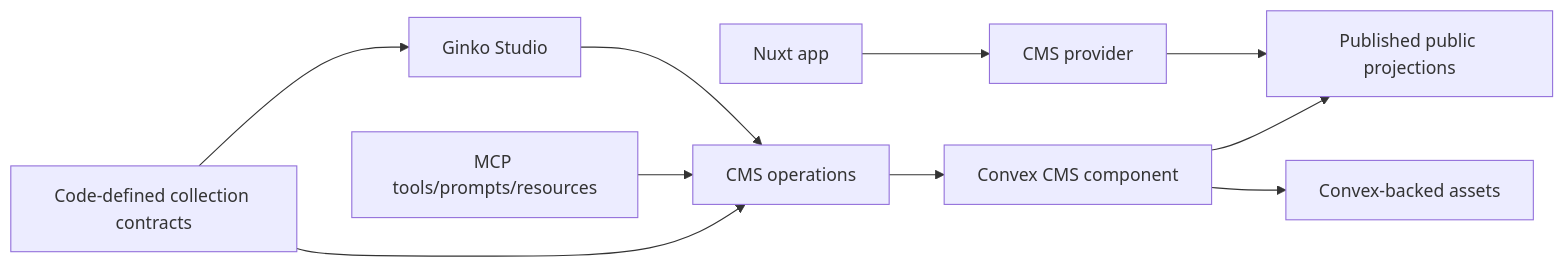
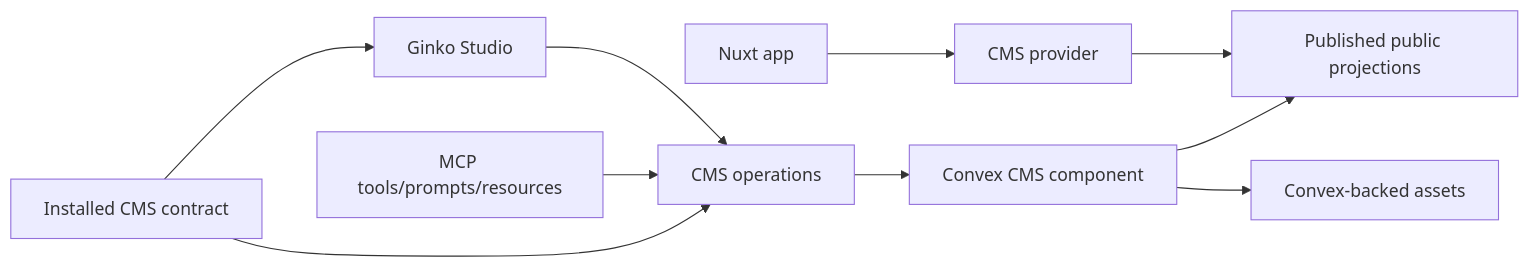
Before and after one commit to lupinum-dev/ginko-cms: the diagram in ARCHITECTURE.md, drawn with Mermaid. The commit also changed other lines of this file and 1128 other files, not shown here.

````diff
--- a/ARCHITECTURE.md
+++ b/ARCHITECTURE.md
@@ -27,12 +27,12 @@
 ```mermaid
 flowchart LR
   App["Nuxt app"] --> Provider["CMS provider"]
   Provider --> Projections["Published public projections"]
   Studio["Ginko Studio"] --> Ops["CMS operations"]
   MCP["MCP tools/prompts/resources"] --> Ops
   Ops --> Convex["Convex CMS component"]
   Convex --> Projections
   Convex --> Assets["Convex-backed assets"]
-  Contract["Code-defined collection contracts"] --> Studio
+  Contract["Installed CMS contract"] --> Studio
   Contract --> Ops
 ```
````
